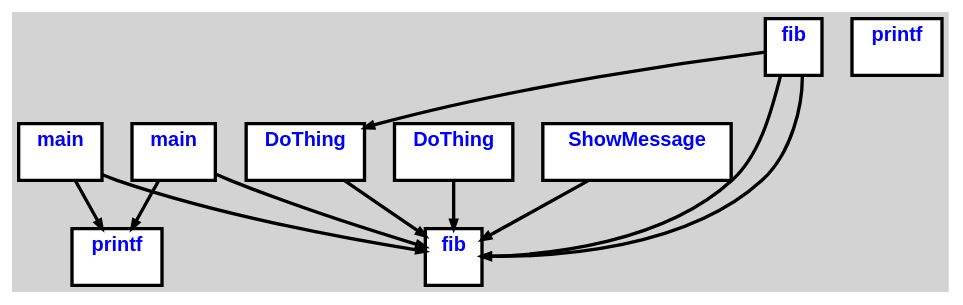
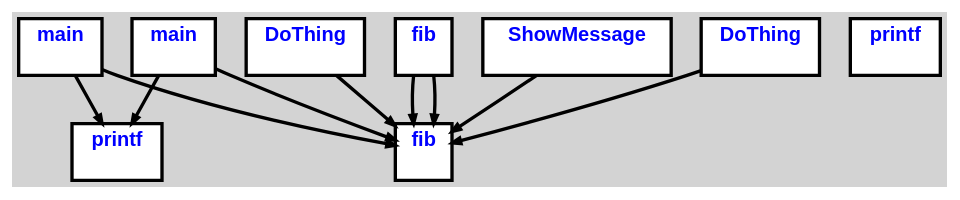
One commit to aveen007/CountingMonkeys changed the diagram in cpoCompilerWin/CG.all.dot. Above: the diagram before and after it, drawn with Graphviz. The commit also changed 16 other files, not shown here.

```diff
--- a/cpoCompilerWin/CG.all.dot
+++ b/cpoCompilerWin/CG.all.dot
@@ -1,27 +1,26 @@
 digraph G {
 ordering=out;
 ranksep=.4;
 bgcolor="lightgrey";  node [shape=box, fixedsize=false, fontsize=12, fontname="Helvetica-bold", fontcolor="blue"
 width=.25, height=.25, color="black", fillcolor="white", style="filled, solid, bold"];
 
 edge [arrowsize=.5, color="black", style="bold"]
-    n00001244F5DA1E20 [label="fib\n "]
-    n00001244F5DA2240 [label="printf\n "]
-    n00001244F5DA24E0 [label="main\n "]
-    n00001244F5DA24E0 -> n00001244F5DA2240
-    n00001244F5DA24E0 -> n00001244F5DA1E20
-    n00001244F5DA2B40 [label="ShowMessage\n "]
-    n00001244F5DA2B40 -> n00001244F5DA1E20
-    n00001244F5DA2F00 [label="DoThing\n "]
-    n00001244F5DA2F00 -> n00001244F5DA1E20
-    n00001244F5DA3320 [label="DoThing\n "]
-    n00001244F5DA3320 -> n00001244F5DA1E20
-    n00001244F5DA3620 [label="fib\n "]
-    n00001244F5DA3620 -> n00001244F5DA2F00
-    n00001244F5DA3620 -> n00001244F5DA1E20
-    n00001244F5DA3620 -> n00001244F5DA1E20
-    n00001244F5DA4580 [label="printf\n "]
-    n00001244F5DA5A20 [label="main\n "]
-    n00001244F5DA5A20 -> n00001244F5DA2240
-    n00001244F5DA5A20 -> n00001244F5DA1E20
+    n000011613CBA1E20 [label="fib\n "]
+    n000011613CBA2240 [label="printf\n "]
+    n000011613CBA24E0 [label="main\n "]
+    n000011613CBA24E0 -> n000011613CBA2240
+    n000011613CBA24E0 -> n000011613CBA1E20
+    n000011613CBA2B40 [label="ShowMessage\n "]
+    n000011613CBA2B40 -> n000011613CBA1E20
+    n000011613CBA2F00 [label="DoThing\n "]
+    n000011613CBA2F00 -> n000011613CBA1E20
+    n000011613CBA3320 [label="DoThing\n "]
+    n000011613CBA3320 -> n000011613CBA1E20
+    n000011613CBA3620 [label="fib\n "]
+    n000011613CBA3620 -> n000011613CBA1E20
+    n000011613CBA3620 -> n000011613CBA1E20
+    n000011613CBA40A0 [label="printf\n "]
+    n000011613CBA5540 [label="main\n "]
+    n000011613CBA5540 -> n000011613CBA2240
+    n000011613CBA5540 -> n000011613CBA1E20
 }
```
